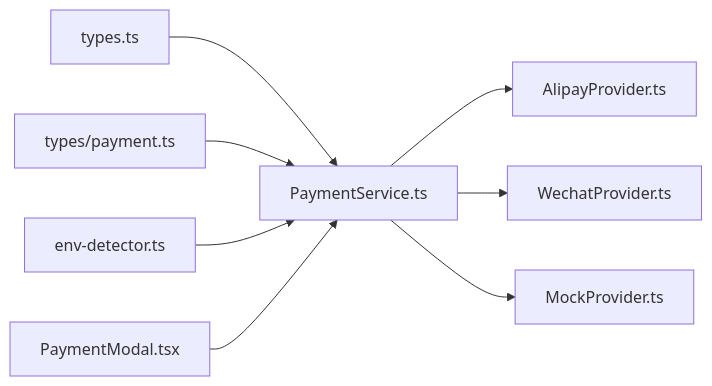
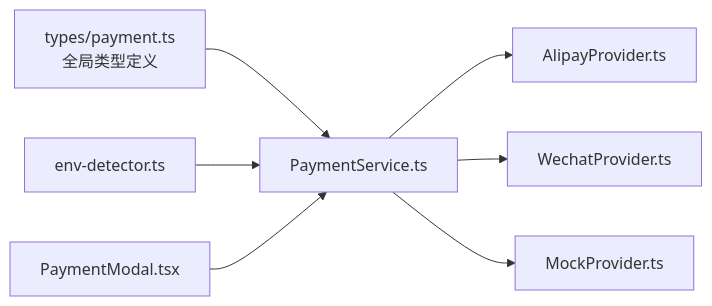
The third of 4 diagrams in .qoder/repowiki/zh/content/支付系统集成/支付类型定义与API.md (Hu-Right/supply-os), drawn with Mermaid before and after one commit. The commit also changed other lines of this file and 39 other files, not shown here.

````diff
--- a/.qoder/repowiki/zh/content/支付系统集成/支付类型定义与API.md
+++ b/.qoder/repowiki/zh/content/支付系统集成/支付类型定义与API.md
@@ -222,10 +212,9 @@
 ```mermaid
 graph LR
-Types["types.ts"] --> Service["PaymentService.ts"]
-GlobalTypes["types/payment.ts"] --> Service
+GlobalTypes["types/payment.ts<br/>全局类型定义"] --> Service["PaymentService.ts"]
 Env["env-detector.ts"] --> Service
 Service --> Alipay["AlipayProvider.ts"]
 Service --> Wechat["WechatProvider.ts"]
 Service --> Mock["MockProvider.ts"]
 UI["PaymentModal.tsx"] --> Service
 ```
````
